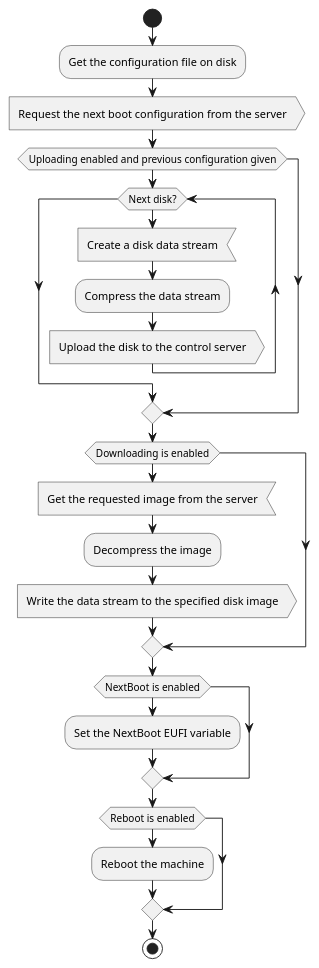
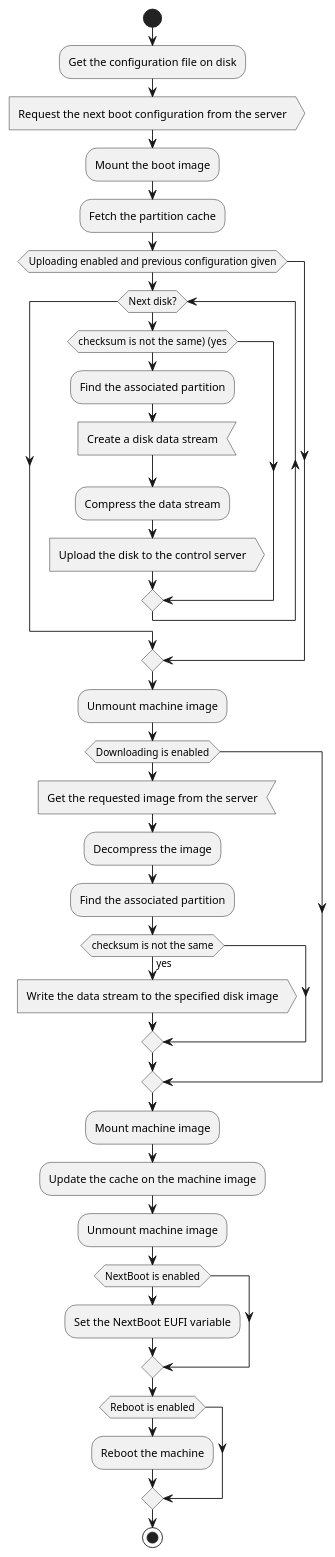
The second of 2 diagrams in docs/management_os/index.md (baas-project/baas), drawn with PlantUML before and after one commit. The commit also changed other lines of this file and 8 other files, not shown here.

````diff
--- a/docs/management_os/index.md
+++ b/docs/management_os/index.md
@@ -55,31 +92,46 @@
 ```plantuml
 @startuml
 start
 
 :Get the configuration file on disk;
 :Request the next boot configuration from the server>
+:Mount the boot image;
+:Fetch the partition cache;
 
 if (Uploading enabled and previous configuration given) then
   while (Next disk?)
-     :Create a disk data stream<
-	 :Compress the data stream;
-	 :Upload the disk to the control server>
+	 if (checksum is not the same)  (yes)
+		 :Find the associated partition;
+		 :Create a disk data stream<
+		 :Compress the data stream;
+		 :Upload the disk to the control server>
+	 endif
+
   endwhile
 endif
+
+:Unmount machine image;
 
 if (Downloading is enabled) then
   :Get the requested image from the server<
   :Decompress the image;
-  :Write the data stream to the specified disk image>
+  :Find the associated partition;
+  if (checksum is not the same) then (yes)
+	:Write the data stream to the specified disk image>
+  endif
 endif
+
+:Mount machine image;
+:Update the cache on the machine image;
+:Unmount machine image;
 
 if (NextBoot is enabled) then
   :Set the NextBoot EUFI variable;
 endif
 
 if (Reboot is enabled) then
   :Reboot the machine;
 endif
 
 stop
 ```
````
